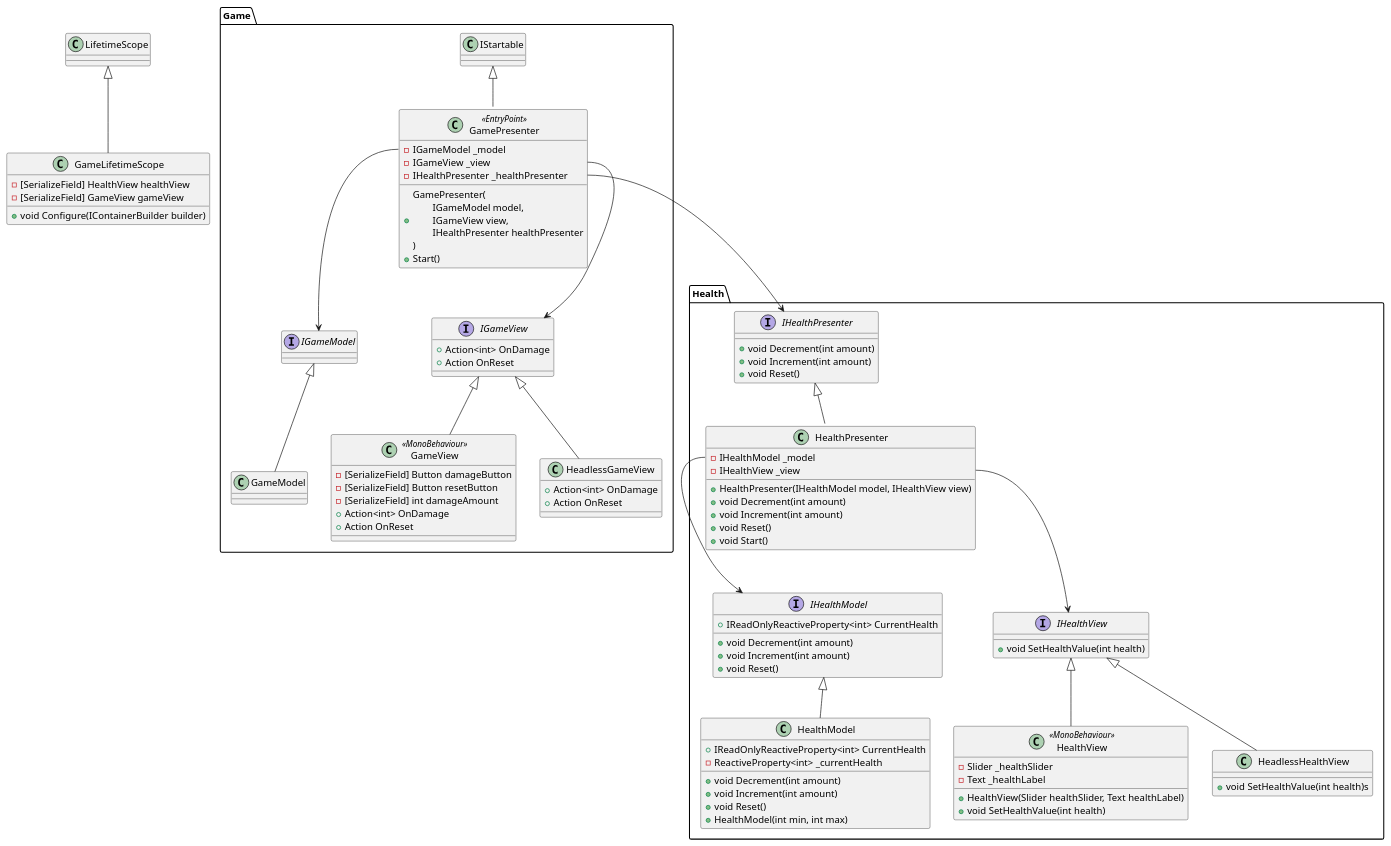
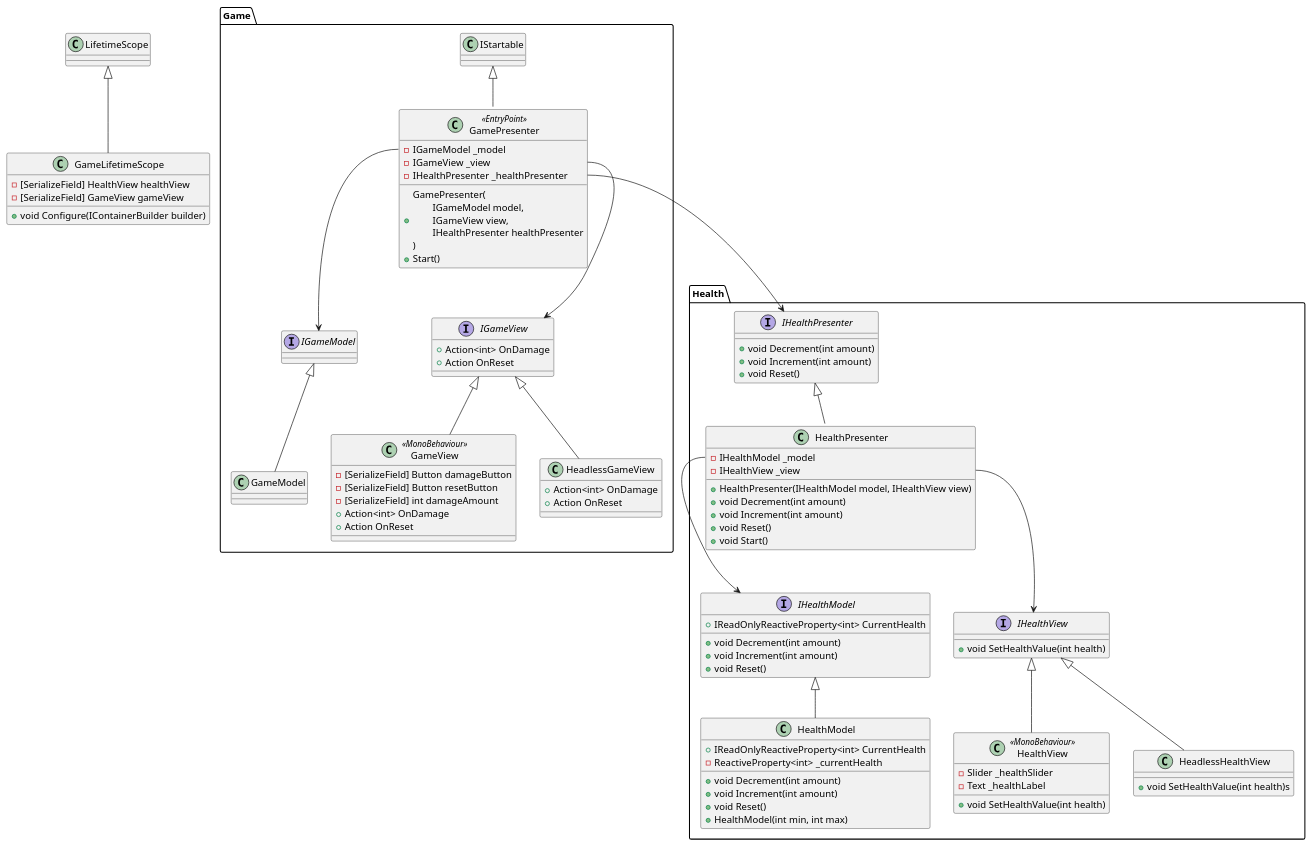
One commit to drumath2237/DI-Used-Pure-MVP-testbed changed the diagram in Assets/Pure-MVP-Testbed/health structure.puml. Above: the diagram before and after it, drawn with PlantUML. The commit also changed 5 other files, not shown here.

```diff
--- a/Assets/Pure-MVP-Testbed/health structure.puml
+++ b/Assets/Pure-MVP-Testbed/health structure.puml
@@ -1,114 +1,113 @@
 @startuml Structure
 
 namespace Health{
     
     interface IHealthModel{
         + IReadOnlyReactiveProperty<int> CurrentHealth
         + void Decrement(int amount)
         + void Increment(int amount)
         + void Reset()
     }
     
     interface IHealthPresenter{
         + void Decrement(int amount)
         + void Increment(int amount)
         + void Reset()
     }
     
     interface IHealthView{
         + void SetHealthValue(int health)
     }
     
     class HealthModel{
         + IReadOnlyReactiveProperty<int> CurrentHealth
         + void Decrement(int amount)
         + void Increment(int amount)
         + void Reset()
         + HealthModel(int min, int max)
         - ReactiveProperty<int> _currentHealth
     }
     
     IHealthModel<|--HealthModel
     
     class HealthView<<MonoBehaviour>>{
-        + HealthView(Slider healthSlider, Text healthLabel)
         + void SetHealthValue(int health)
         - Slider _healthSlider
         - Text _healthLabel
     }
     
     IHealthView<|--HealthView
     
     class HeadlessHealthView{
         + void SetHealthValue(int health)s
     }
     
     IHealthView<|--HeadlessHealthView
     
     class HealthPresenter{
         + HealthPresenter(IHealthModel model, IHealthView view)
         - IHealthModel _model
         - IHealthView _view
         + void Decrement(int amount)
         + void Increment(int amount)
         + void Reset()
         + void Start()
     }
     
     IHealthPresenter<|--HealthPresenter
     
     HealthPresenter::_view-->IHealthView
     HealthPresenter::_model-->IHealthModel
 }
 
 namespace Game{
 
     interface IGameModel{}
     class GameModel{}
     IGameModel<|--GameModel
     
     interface IGameView{
         + Action<int> OnDamage
         + Action OnReset
     }
     
     class GameView<<MonoBehaviour>>{
         - [SerializeField] Button damageButton
         - [SerializeField] Button resetButton
         - [SerializeField] int damageAmount
         + Action<int> OnDamage
         + Action OnReset
     }
     
     class HeadlessGameView{
         + Action<int> OnDamage
         + Action OnReset
     }
     
     IGameView<|--GameView
     IGameView<|--HeadlessGameView
     
     class GamePresenter<<EntryPoint>>{
         + GamePresenter(\n\tIGameModel model,\n\tIGameView view, \n\tIHealthPresenter healthPresenter\n)
         - IGameModel _model
         - IGameView _view
         - IHealthPresenter _healthPresenter
         + Start()
     }
     
     IStartable<|--GamePresenter
     GamePresenter::_model-->IGameModel
     GamePresenter::_view-->IGameView
     GamePresenter::_healthPresenter-->Health.IHealthPresenter
     
 }
 
 class GameLifetimeScope{
     + void Configure(IContainerBuilder builder)
     - [SerializeField] HealthView healthView
     - [SerializeField] GameView gameView
 }
 
 LifetimeScope<|--GameLifetimeScope
 
 @enduml
```
